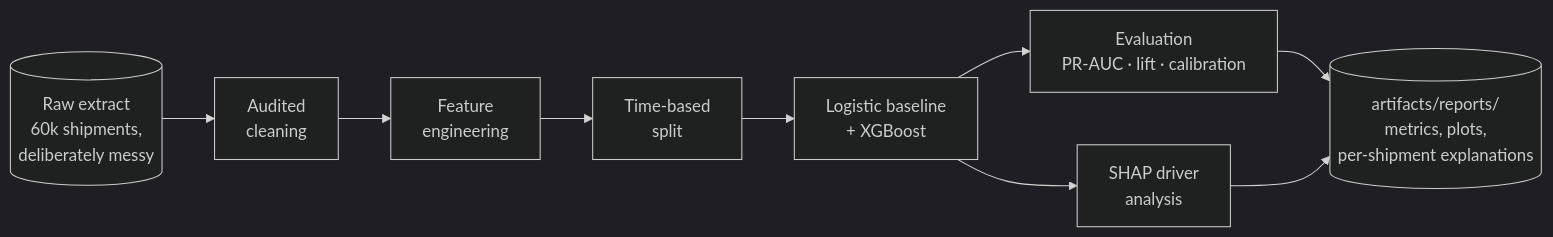
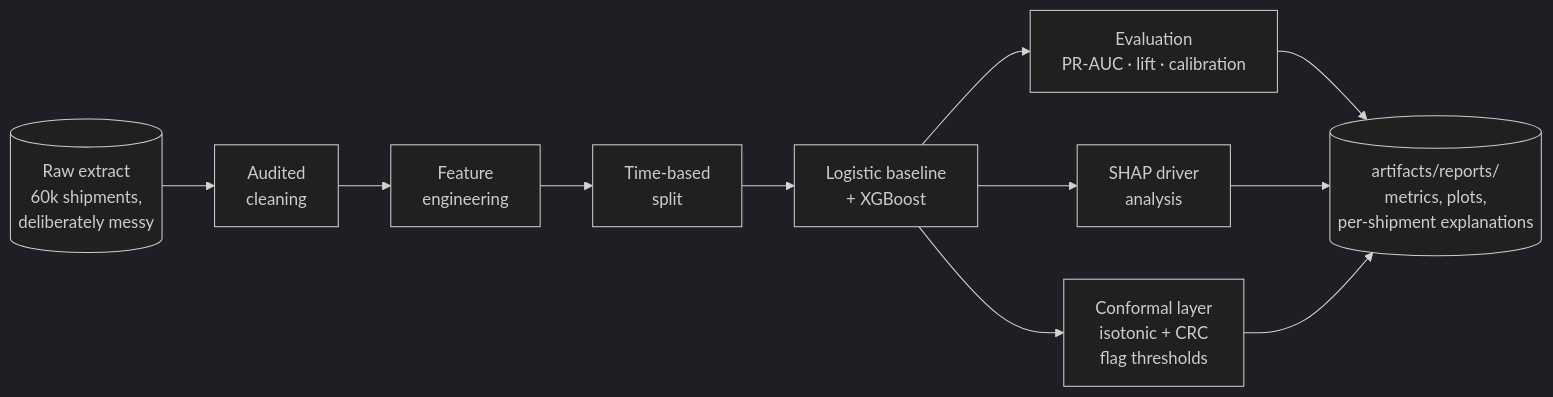
Before and after one commit to immu4989/Logistics_UseCases: the diagram in delivery-commit-prediction/README.md, drawn with Mermaid (dark theme). The commit also changed other lines of this file and 8 other files, not shown here.

````diff
--- a/delivery-commit-prediction/README.md
+++ b/delivery-commit-prediction/README.md
@@ -24,11 +24,13 @@
 ```mermaid
 flowchart LR
     A[("Raw extract<br/>60k shipments,<br/>deliberately messy")] --> B["Audited<br/>cleaning"]
     B --> C["Feature<br/>engineering"]
     C --> D["Time-based<br/>split"]
     D --> E["Logistic baseline<br/>+ XGBoost"]
     E --> F["Evaluation<br/>PR-AUC · lift · calibration"]
     E --> G["SHAP driver<br/>analysis"]
+    E --> I["Conformal layer<br/>isotonic + CRC<br/>flag thresholds"]
     F --> H[("artifacts/reports/<br/>metrics, plots,<br/>per-shipment explanations")]
     G --> H
+    I --> H
 ```
````
